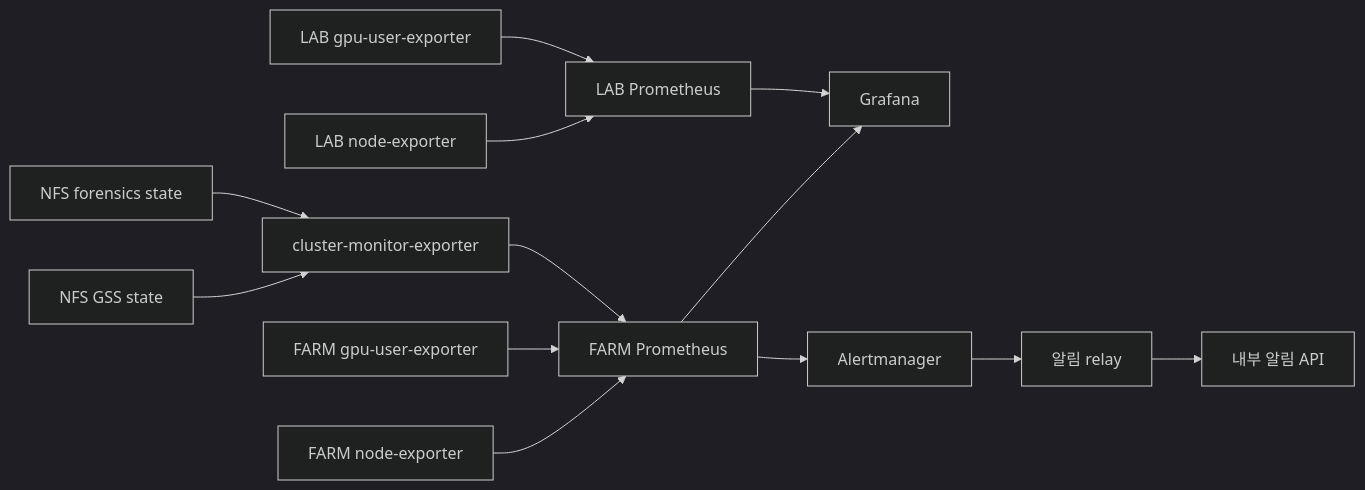
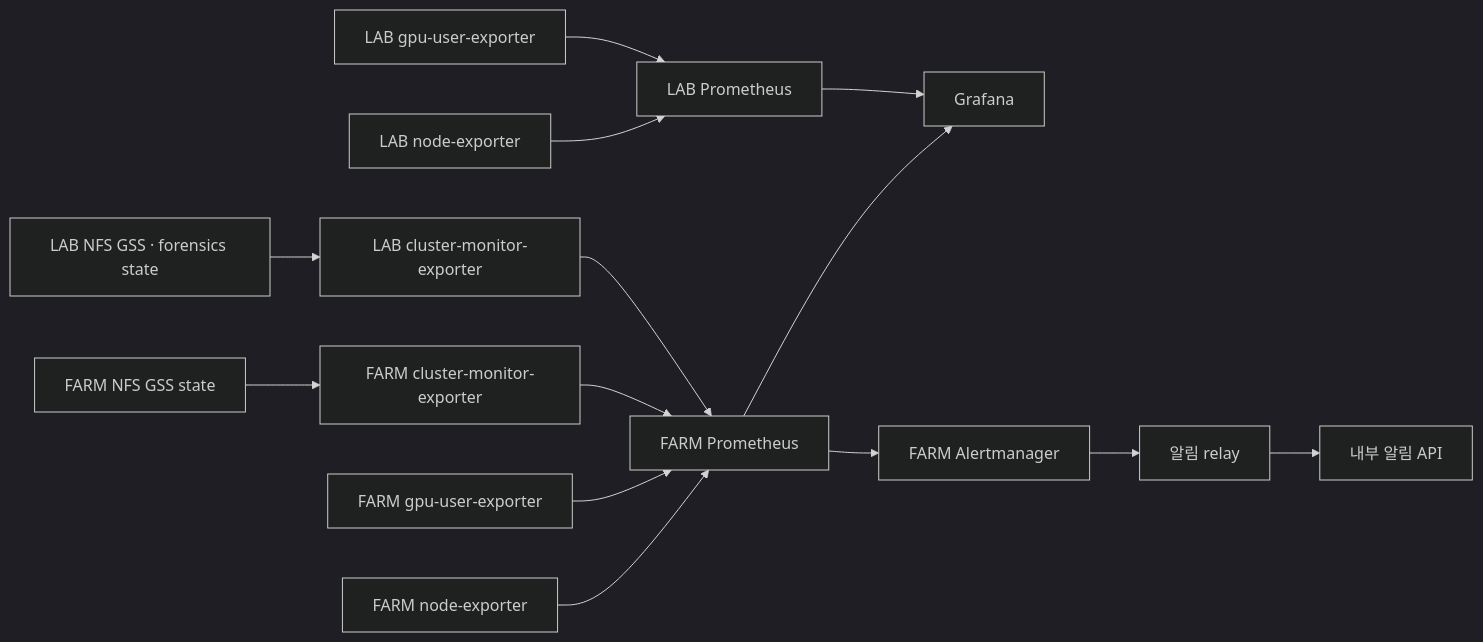
One commit to CSID-DGU/admin_wiki changed the diagram in md/system/monitoring/design.md. Above: the diagram before and after it, drawn with Mermaid (dark theme). The commit also changed other lines of this file, not shown here.

Commit message:
docs: clarify LAB monitoring alert flow

````diff
--- a/md/system/monitoring/design.md
+++ b/md/system/monitoring/design.md
@@ -40,15 +40,16 @@
 ```mermaid
 flowchart LR
     NODE_F["FARM node-exporter"] --> PF["FARM Prometheus"]
     NODE_L["LAB node-exporter"] --> PL["LAB Prometheus"]
     GPU_F["FARM gpu-user-exporter"] --> PF
     GPU_L["LAB gpu-user-exporter"] --> PL
-    GSS["NFS GSS state"] --> CM["cluster-monitor-exporter"]
-    FORENSICS["NFS forensics state"] --> CM
-    CM --> PF
+    GSS_F["FARM NFS GSS state"] --> CM_F["FARM cluster-monitor-exporter"]
+    GSS_L["LAB NFS GSS · forensics state"] --> CM_L["LAB cluster-monitor-exporter"]
+    CM_F --> PF
+    CM_L --> PF
     PF --> GRAFANA["Grafana"]
     PL --> GRAFANA
-    PF --> ALERT["Alertmanager"]
+    PF --> ALERT["FARM Alertmanager"]
     ALERT --> RELAY["알림 relay"]
     RELAY --> API["내부 알림 API"]
 ```
````
